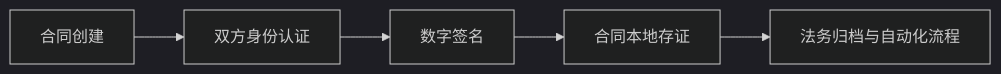
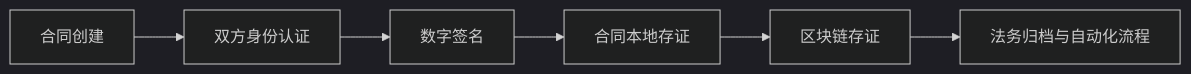
The diagram in README.md (KLJyouth/deepseek-companion), drawn with Mermaid (dark theme) before and after one commit. The commit also changed other lines of this file and 1 other file, not shown here.

````diff
--- a/README.md
+++ b/README.md
@@ -81,7 +90,8 @@
 ```mermaid
 graph LR
     A[合同创建] --> B[双方身份认证]
     B --> C[数字签名]
     C --> D[合同本地存证]
-    D --> E[法务归档与自动化流程]
+    D --> E[区块链存证]
+    E --> F[法务归档与自动化流程]
 ```
````
